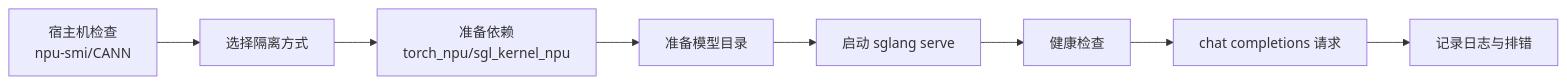
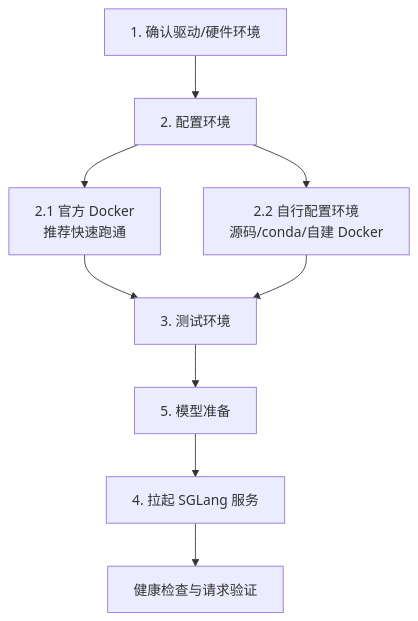
Before and after one commit to cl-vv-h/SGLang_Tutor: the diagram in learning/sglang-ascend-npu/03-launch-and-minimal-serving.md, drawn with Mermaid. The commit also changed other lines of this file, not shown here.

Commit message:
docs: restructure Ascend NPU serving workflow

````diff
--- a/learning/sglang-ascend-npu/03-launch-and-minimal-serving.md
+++ b/learning/sglang-ascend-npu/03-launch-and-minimal-serving.md
@@ -133,10 +11,11 @@
 ```mermaid
-flowchart LR
-  A["宿主机检查<br/>npu-smi/CANN"] --> B["选择隔离方式"]
-  B --> C["准备依赖<br/>torch_npu/sgl_kernel_npu"]
-  C --> D["准备模型目录"]
-  D --> E["启动 sglang serve"]
-  E --> F["健康检查"]
-  F --> G["chat completions 请求"]
-  G --> H["记录日志与排错"]
+flowchart TD
+  A["1. 确认驱动/硬件环境"] --> B["2. 配置环境"]
+  B --> C["2.1 官方 Docker<br/>推荐快速跑通"]
+  B --> D["2.2 自行配置环境<br/>源码/conda/自建 Docker"]
+  C --> E["3. 测试环境"]
+  D --> E
+  E --> F["5. 模型准备"]
+  F --> G["4. 拉起 SGLang 服务"]
+  G --> H["健康检查与请求验证"]
 ```
````
